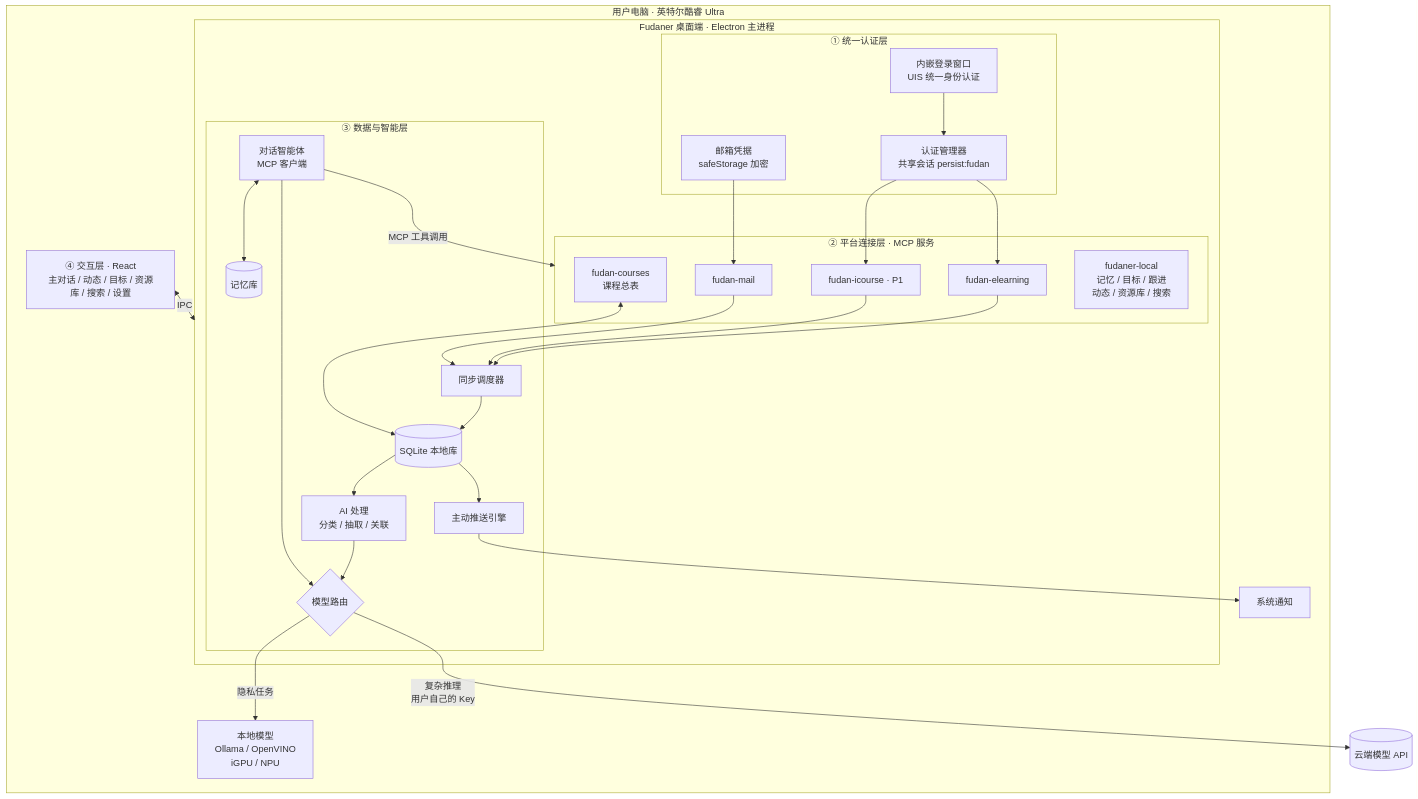
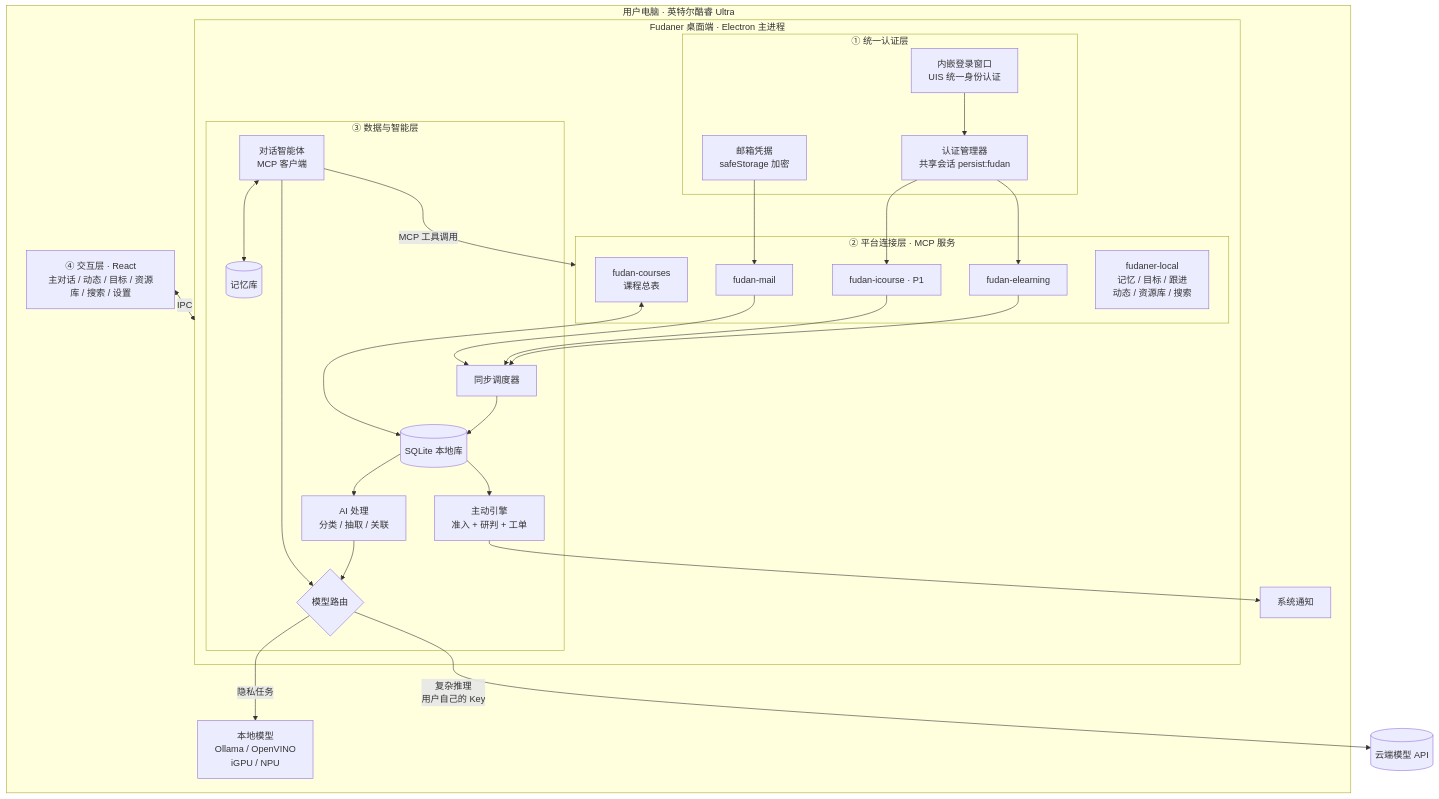
Before and after one commit to sjy0630/personal-assistant-fudaner: the first of 2 diagrams in docs/PRD.md, drawn with Mermaid. The commit also changed other lines of this file, not shown here.

First line of the commit message:
PRD v0.7: differentiation section, agent runtime architecture inspired by dsh-superagent, proactive engine with attention budget

````diff
--- a/docs/PRD.md
+++ b/docs/PRD.md
@@ -586,43 +662,43 @@
 ```mermaid
 flowchart TB
   subgraph PC[用户电脑 · 英特尔酷睿 Ultra]
     subgraph App[Fudaner 桌面端 · Electron 主进程]
       subgraph L1[① 统一认证层]
         LW[内嵌登录窗口<br/>UIS 统一身份认证] --> AM[认证管理器<br/>共享会话 persist:fudan]
         MC[邮箱凭据<br/>safeStorage 加密]
       end
       subgraph L2[② 平台连接层 · MCP 服务]
         M1[fudan-elearning]
         M2[fudan-icourse · P1]
         M3[fudan-mail]
         M4[fudan-courses<br/>课程总表]
         M5[fudaner-local<br/>记忆 / 目标 / 跟进<br/>动态 / 资源库 / 搜索]
       end
       AM --> M1
       AM --> M2
       MC --> M3
       subgraph L3[③ 数据与智能层]
         SCH[同步调度器] --> DB[(SQLite 本地库)]
         DB --> AI[AI 处理<br/>分类 / 抽取 / 关联]
         AG[对话智能体<br/>MCP 客户端]
         MEM[(记忆库)]
         AG <--> MEM
-        PE[主动推送引擎]
+        PE[主动引擎<br/>准入 + 研判 + 工单]
         RT{模型路由}
         AI --> RT
         AG --> RT
         DB --> PE
       end
       M1 --> SCH
       M2 --> SCH
       M3 --> SCH
       M4 <--> DB
       AG -->|MCP 工具调用| L2
     end
     UI[④ 交互层 · React<br/>主对话 / 动态 / 目标 / 资源库 / 搜索 / 设置] <-->|IPC| App
     PE --> NT[系统通知]
     LOCAL[本地模型<br/>Ollama / OpenVINO<br/>iGPU / NPU]
   end
   RT -->|隐私任务| LOCAL
   RT -->|复杂推理<br/>用户自己的 Key| CLOUD[(云端模型 API)]
 ```
````
